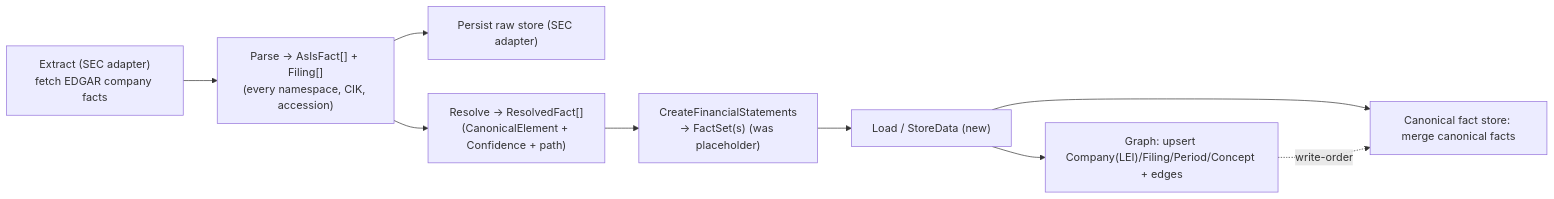
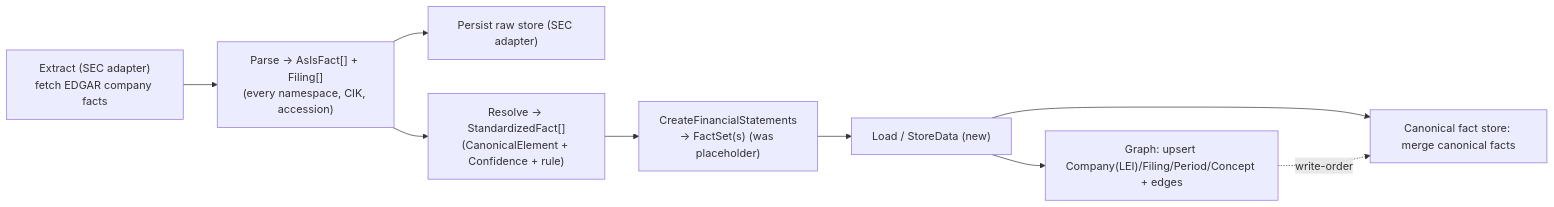
The fourth of 4 diagrams in sec/design/data_model/hybrid_data_model.md (ironcapitaleu/arkad), drawn with Mermaid before and after one commit. The commit also changed other lines of this file and 9 other files, not shown here.

First line of the commit message:
feat(xbrl): replace ResolvedFact with StandardizedFact (#465)

````diff
--- a/sec/design/data_model/hybrid_data_model.md
+++ b/sec/design/data_model/hybrid_data_model.md
@@ -542,11 +542,11 @@
 ```mermaid
 flowchart LR
   A["Extract (SEC adapter)\nfetch EDGAR company facts"] --> B["Parse → AsIsFact[] + Filing[]\n(every namespace, CIK, accession)"]
   B --> B2["Persist raw store (SEC adapter)"]
-  B --> C["Resolve → ResolvedFact[]\n(CanonicalElement + Confidence + path)"]
+  B --> C["Resolve → StandardizedFact[]\n(CanonicalElement + Confidence + rule)"]
   C --> D["CreateFinancialStatements\n→ FactSet(s) (was placeholder)"]
   D --> L["Load / StoreData (new)"]
   L --> G["Graph: upsert Company(LEI)/Filing/Period/Concept + edges"]
   L --> F["Canonical fact store: merge canonical facts"]
   G -. write-order .-> F
 ```
````
